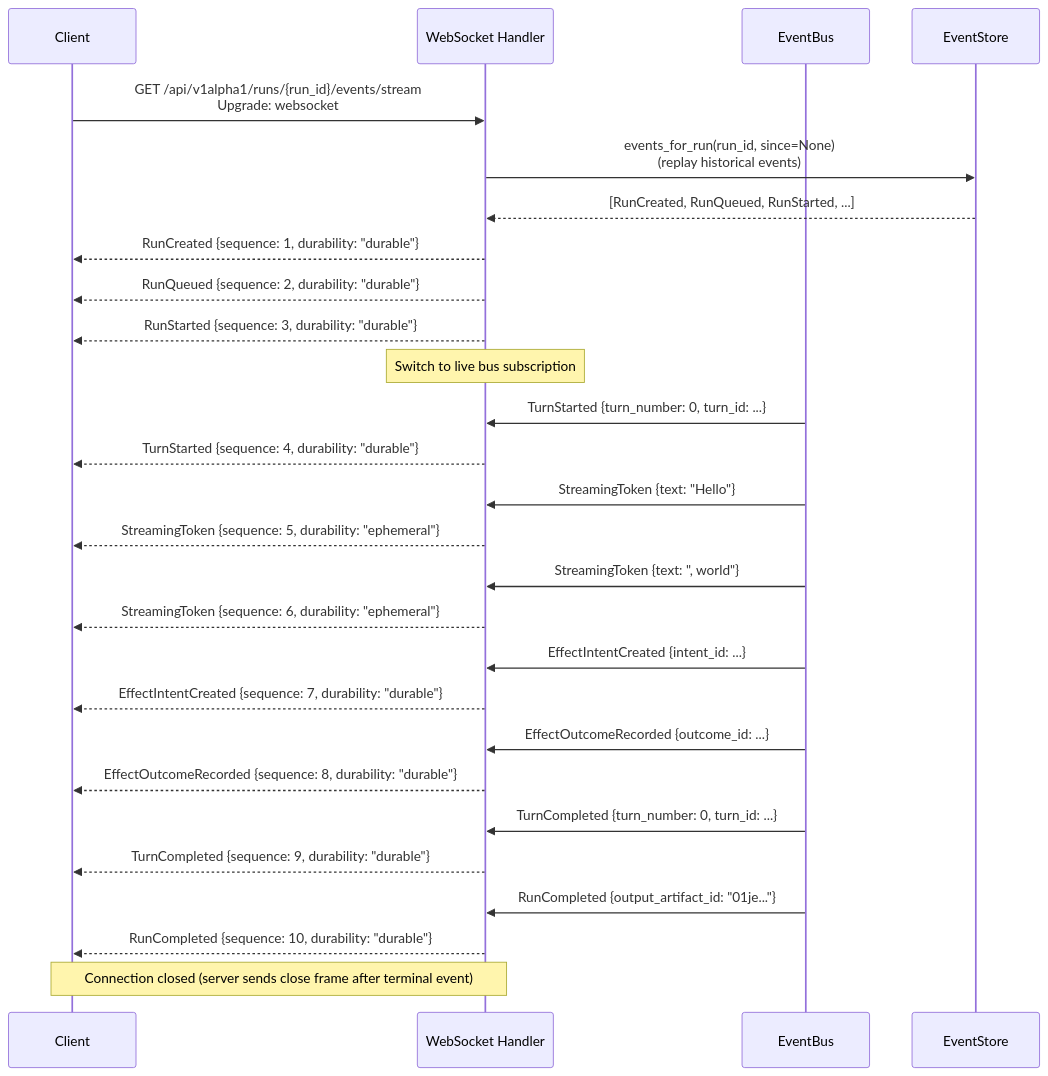
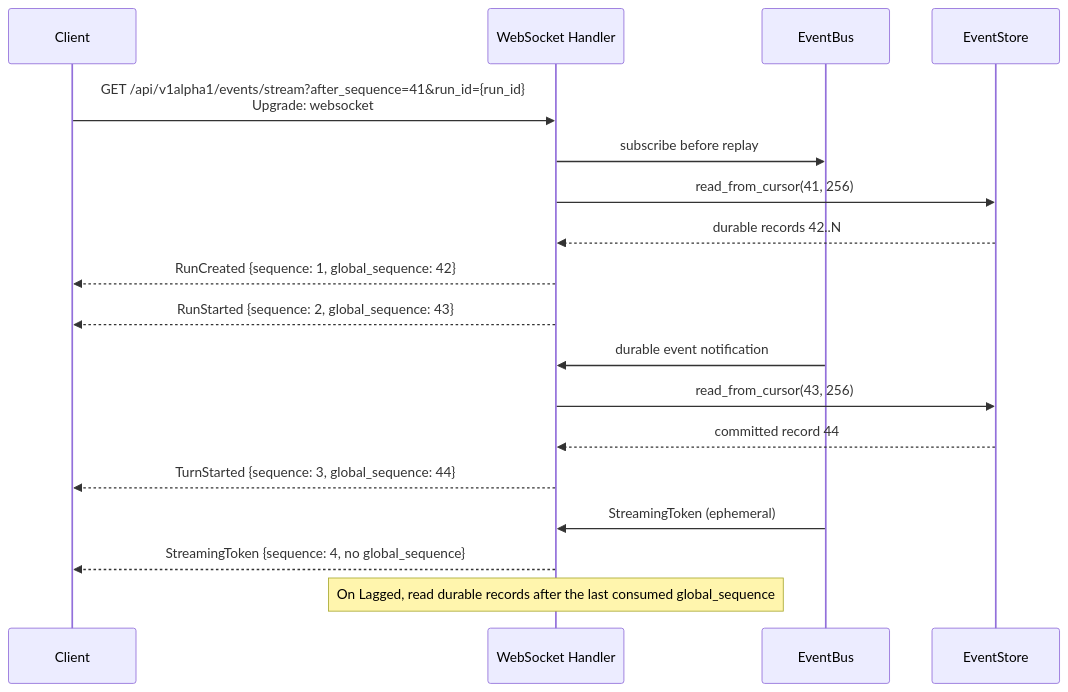
One commit to wpank/polkagent changed the fourth of 4 diagrams in docs/outbox-events.md. Above: the diagram before and after it, drawn with Mermaid. The commit also changed other lines of this file and 7 other files, not shown here.

Commit message:
docs(obs): record run event stream recovery

````diff
--- a/docs/outbox-events.md
+++ b/docs/outbox-events.md
@@ -398,40 +401,21 @@
 ```mermaid
 sequenceDiagram
     participant C as Client
     participant WS as WebSocket Handler
     participant Bus as EventBus
     participant Store as EventStore
 
-    C->>WS: GET /api/v1alpha1/runs/{run_id}/events/stream<br/>Upgrade: websocket
-
-    WS->>Store: events_for_run(run_id, since=None)<br/>(replay historical events)
-    Store-->>WS: [RunCreated, RunQueued, RunStarted, ...]
-    WS-->>C: RunCreated  {sequence: 1, durability: "durable"}
-    WS-->>C: RunQueued   {sequence: 2, durability: "durable"}
-    WS-->>C: RunStarted  {sequence: 3, durability: "durable"}
-
-    Note over WS: Switch to live bus subscription
-
-    Bus->>WS: TurnStarted {turn_number: 0, turn_id: ...}
-    WS-->>C: TurnStarted {sequence: 4, durability: "durable"}
-
-    Bus->>WS: StreamingToken {text: "Hello"}
-    WS-->>C: StreamingToken {sequence: 5, durability: "ephemeral"}
-
-    Bus->>WS: StreamingToken {text: ", world"}
-    WS-->>C: StreamingToken {sequence: 6, durability: "ephemeral"}
-
-    Bus->>WS: EffectIntentCreated {intent_id: ...}
-    WS-->>C: EffectIntentCreated {sequence: 7, durability: "durable"}
-
-    Bus->>WS: EffectOutcomeRecorded {outcome_id: ...}
-    WS-->>C: EffectOutcomeRecorded {sequence: 8, durability: "durable"}
-
-    Bus->>WS: TurnCompleted {turn_number: 0, turn_id: ...}
-    WS-->>C: TurnCompleted {sequence: 9, durability: "durable"}
-
-    Bus->>WS: RunCompleted {output_artifact_id: "01je..."}
-    WS-->>C: RunCompleted {sequence: 10, durability: "durable"}
-
-    Note over C,WS: Connection closed (server sends close frame after terminal event)
+    C->>WS: GET /api/v1alpha1/events/stream?after_sequence=41&run_id={run_id}<br/>Upgrade: websocket
+    WS->>Bus: subscribe before replay
+    WS->>Store: read_from_cursor(41, 256)
+    Store-->>WS: durable records 42..N
+    WS-->>C: RunCreated {sequence: 1, global_sequence: 42}
+    WS-->>C: RunStarted {sequence: 2, global_sequence: 43}
+    Bus->>WS: durable event notification
+    WS->>Store: read_from_cursor(43, 256)
+    Store-->>WS: committed record 44
+    WS-->>C: TurnStarted {sequence: 3, global_sequence: 44}
+    Bus->>WS: StreamingToken (ephemeral)
+    WS-->>C: StreamingToken {sequence: 4, no global_sequence}
+    Note over WS: On Lagged, read durable records after the last consumed global_sequence
 ```
````
